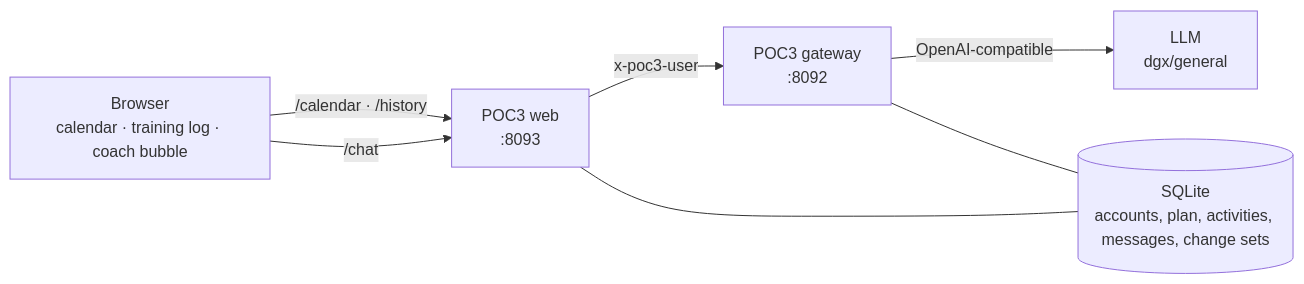
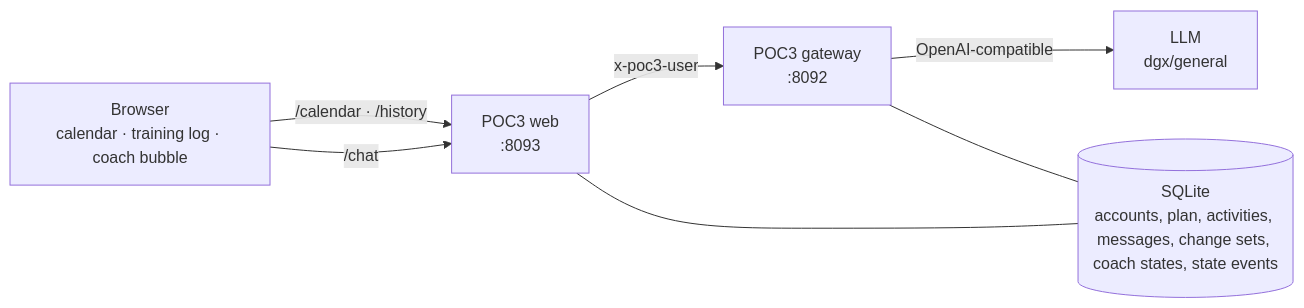
One commit to nkyang10/training-planner-3 changed the diagram in README.md. Above: the diagram before and after it, drawn with Mermaid. The commit also changed other lines of this file and 31 other files, not shown here.

First line of the commit message:
POC3: hidden coach directives, coaching states and exact Ask coach references

````diff
--- a/README.md
+++ b/README.md
@@ -123,15 +147,15 @@
 ```mermaid
 flowchart LR
     B["Browser<br/>calendar · training log · coach bubble"]
     W["POC3 web<br/>:8093"]
     G["POC3 gateway<br/>:8092"]
     M["LLM<br/>dgx/general"]
-    S[("SQLite<br/>accounts, plan, activities, messages, change sets")]
+    S[("SQLite<br/>accounts, plan, activities, messages, change sets, coach states, state events")]
 
     B -->|"/calendar · /history"| W
     B -->|"/chat"| W
     W -->|"x-poc3-user"| G
     G -->|"OpenAI-compatible"| M
     W --- S
     G --- S
 ```
````
